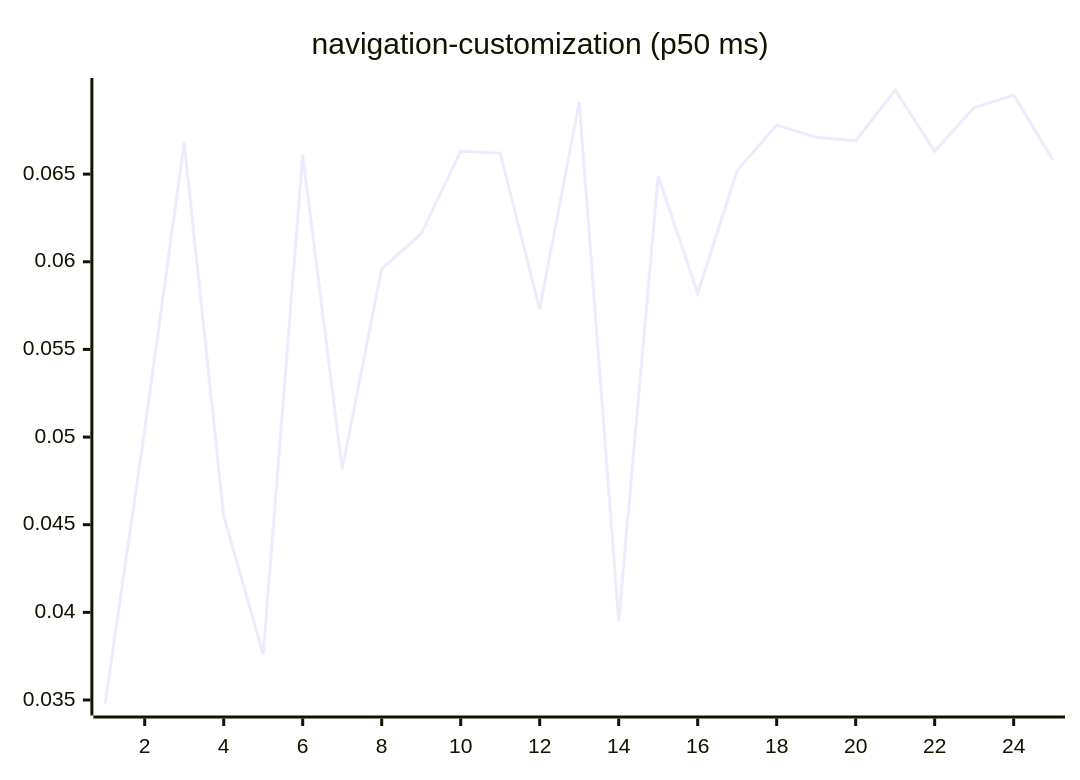
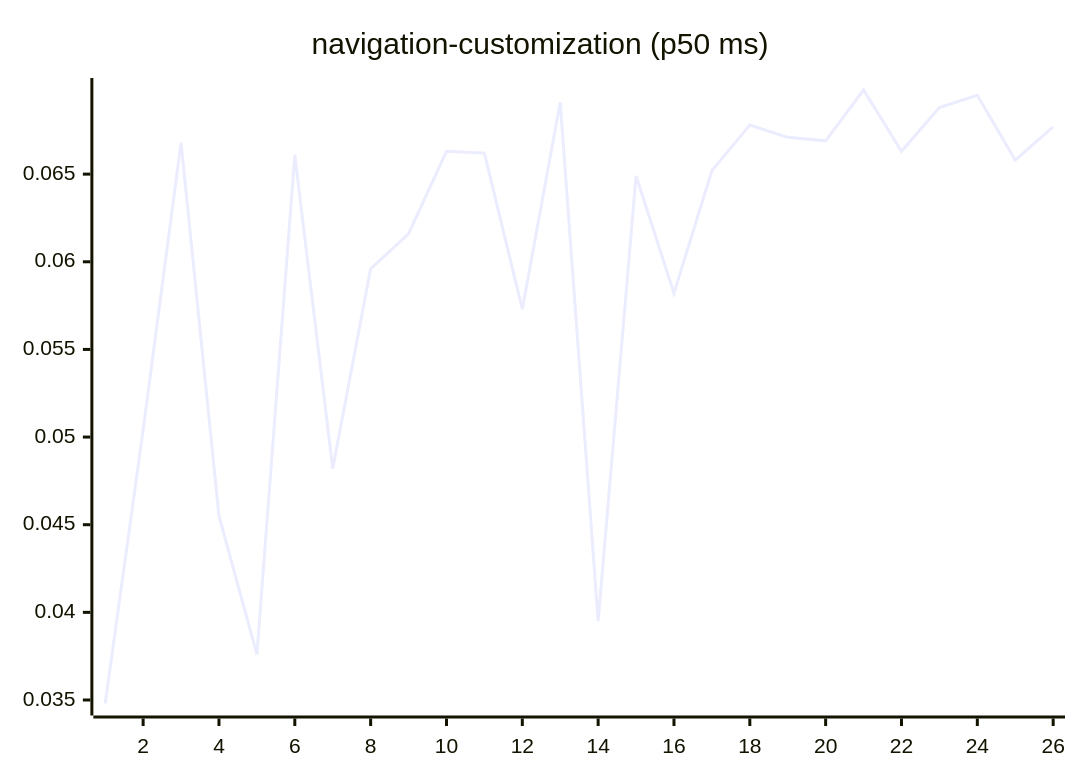
One commit to josha/Facet changed diagram 15 of 27 in README.md. Above: the diagram before and after it, drawn with Mermaid. The commit also changed other lines of this file and 2 other files, not shown here.

````diff
--- a/README.md
+++ b/README.md
@@ -161,6 +161,6 @@
 ```mermaid
 xychart-beta
     title "navigation-customization (p50 ms)"
-    x-axis 1 --> 25
-    line [0.0348, 0.0504, 0.0668, 0.0455, 0.0376, 0.0661, 0.0482, 0.0596, 0.0616, 0.0663, 0.0662, 0.0573, 0.0691, 0.0395, 0.0649, 0.0582, 0.0652, 0.0678, 0.0671, 0.0669, 0.0698, 0.0663, 0.0688, 0.0695, 0.0658]
+    x-axis 1 --> 26
+    line [0.0348, 0.0504, 0.0668, 0.0455, 0.0376, 0.0661, 0.0482, 0.0596, 0.0616, 0.0663, 0.0662, 0.0573, 0.0691, 0.0395, 0.0649, 0.0582, 0.0652, 0.0678, 0.0671, 0.0669, 0.0698, 0.0663, 0.0688, 0.0695, 0.0658, 0.0677]
 ```
````
